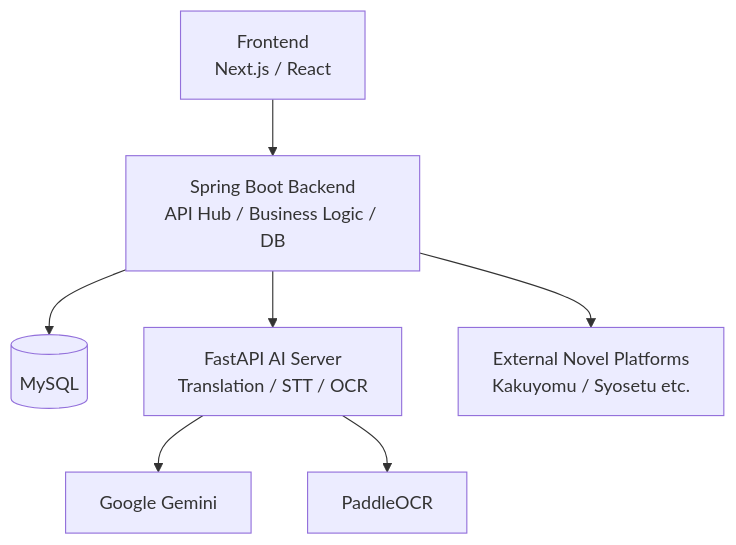
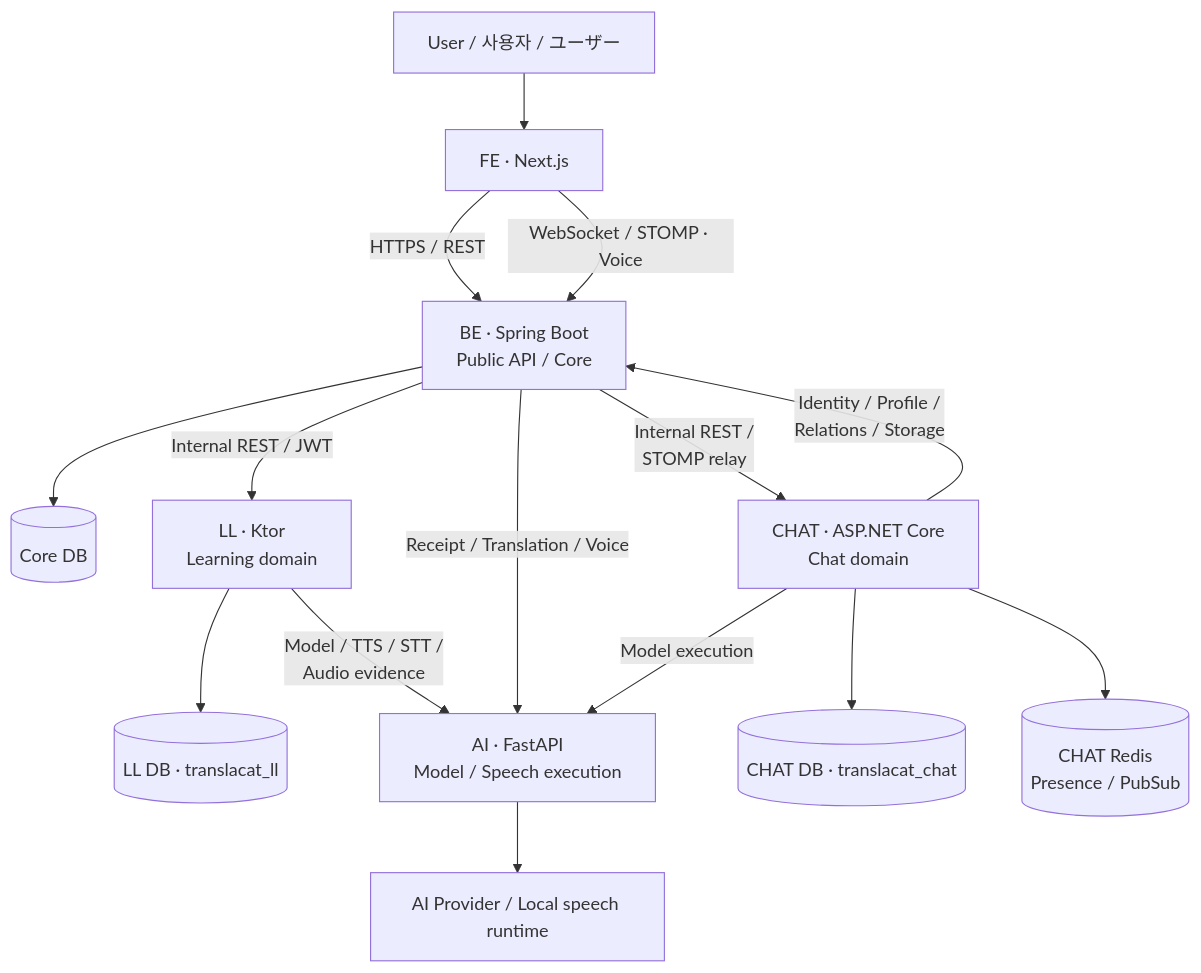
Before and after one commit to krumichan/CatPjt-TranslaCat-be: the first of 5 diagrams in README.md, drawn with Mermaid. The commit also changed other lines of this file, not shown here.

````diff
--- a/README.md
+++ b/README.md
@@ -43,9 +51,19 @@
 ```mermaid
-flowchart TD
-    FE[Frontend<br/>Next.js / React] --> BE[Spring Boot Backend<br/>API Hub / Business Logic / DB]
-    BE --> DB[(MySQL)]
-    BE --> AI[FastAPI AI Server<br/>Translation / STT / OCR]
-    BE --> EXT[External Novel Platforms<br/>Kakuyomu / Syosetu etc.]
-    AI --> GEM[Google Gemini]
-    AI --> OCR[PaddleOCR]
+flowchart TB
+    U["User / 사용자 / ユーザー"] --> FE["FE · Next.js"]
+    FE -->|"HTTPS / REST"| BE["BE · Spring Boot<br/>Public API / Core"]
+    FE -->|"WebSocket / STOMP · Voice"| BE
+
+    BE --> COREDB[("Core DB")]
+    BE -->|"Internal REST / JWT"| LL["LL · Ktor<br/>Learning domain"]
+    BE -->|"Receipt / Translation / Voice"| AI["AI · FastAPI<br/>Model / Speech execution"]
+    BE -->|"Internal REST /<br/>STOMP relay"| CHAT["CHAT · ASP.NET Core<br/>Chat domain"]
+
+    LL --> LLDB[("LL DB · translacat_ll")]
+    LL -->|"Model / TTS / STT /<br/>Audio evidence"| AI
+    CHAT -->|"Model execution"| AI
+    CHAT --> CHATDB[("CHAT DB · translacat_chat")]
+    CHAT --> REDIS[("CHAT Redis<br/>Presence / PubSub")]
+    CHAT -->|"Identity / Profile /<br/>Relations / Storage"| BE
+    AI --> PROVIDER["AI Provider / Local speech runtime"]
 ```
````
